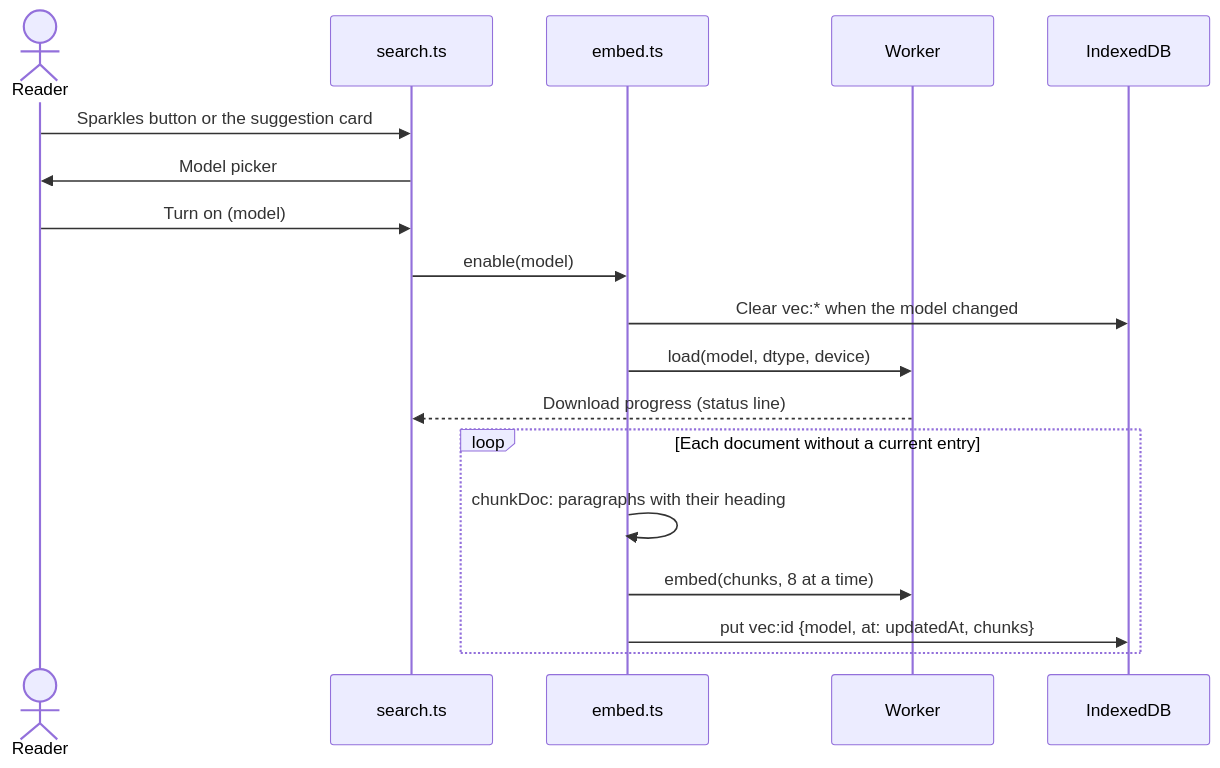
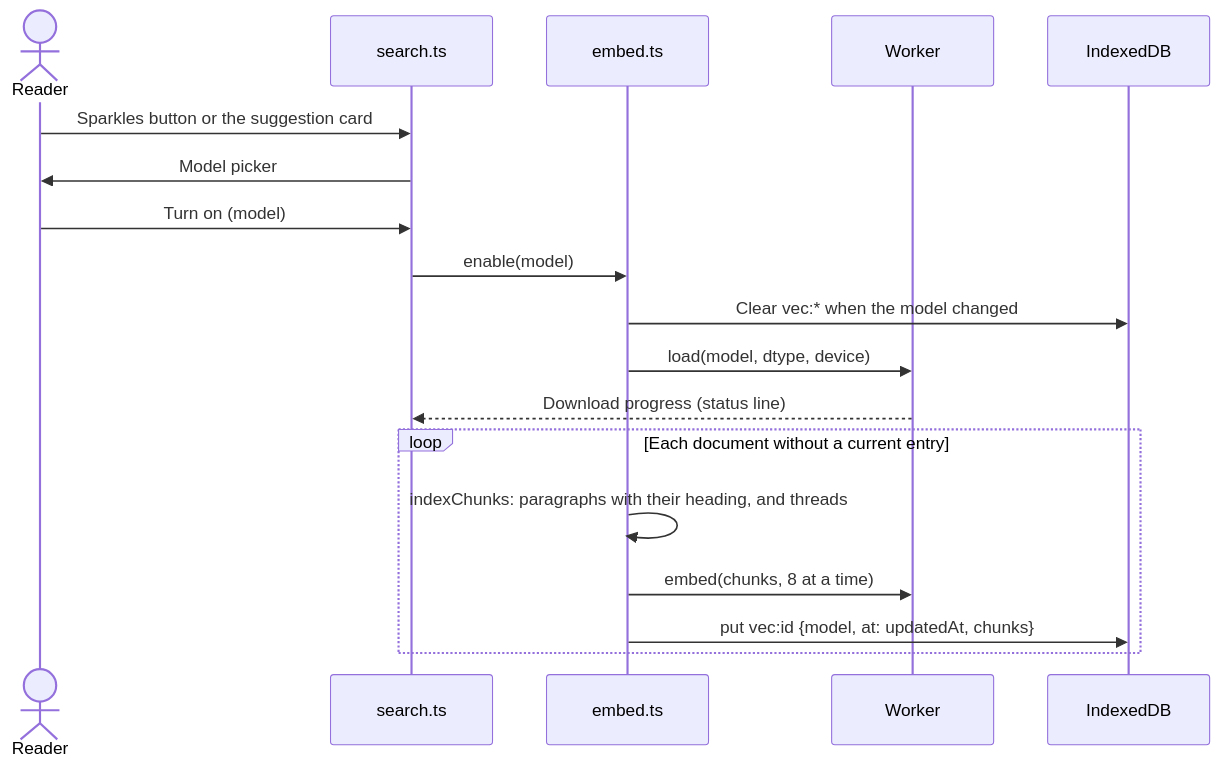
The second of 4 diagrams in dev/tools/js/mars/README.md (secutils-dev/secutils), drawn with Mermaid before and after one commit. The commit also changed other lines of this file and 41 other files, not shown here.

````diff
--- a/dev/tools/js/mars/README.md
+++ b/dev/tools/js/mars/README.md
@@ -101,20 +128,20 @@
 ```mermaid
 sequenceDiagram
     actor Reader
     participant UI as search.ts
     participant E as embed.ts
     participant W as Worker
     participant DB as IndexedDB
     Reader->>UI: Sparkles button or the suggestion card
     UI->>Reader: Model picker
     Reader->>UI: Turn on (model)
     UI->>E: enable(model)
     E->>DB: Clear vec:* when the model changed
     E->>W: load(model, dtype, device)
     W-->>UI: Download progress (status line)
     loop Each document without a current entry
-        E->>E: chunkDoc: paragraphs with their heading
+        E->>E: indexChunks: paragraphs with their heading, and threads
         E->>W: embed(chunks, 8 at a time)
         E->>DB: put vec:id {model, at: updatedAt, chunks}
     end
 ```
````
